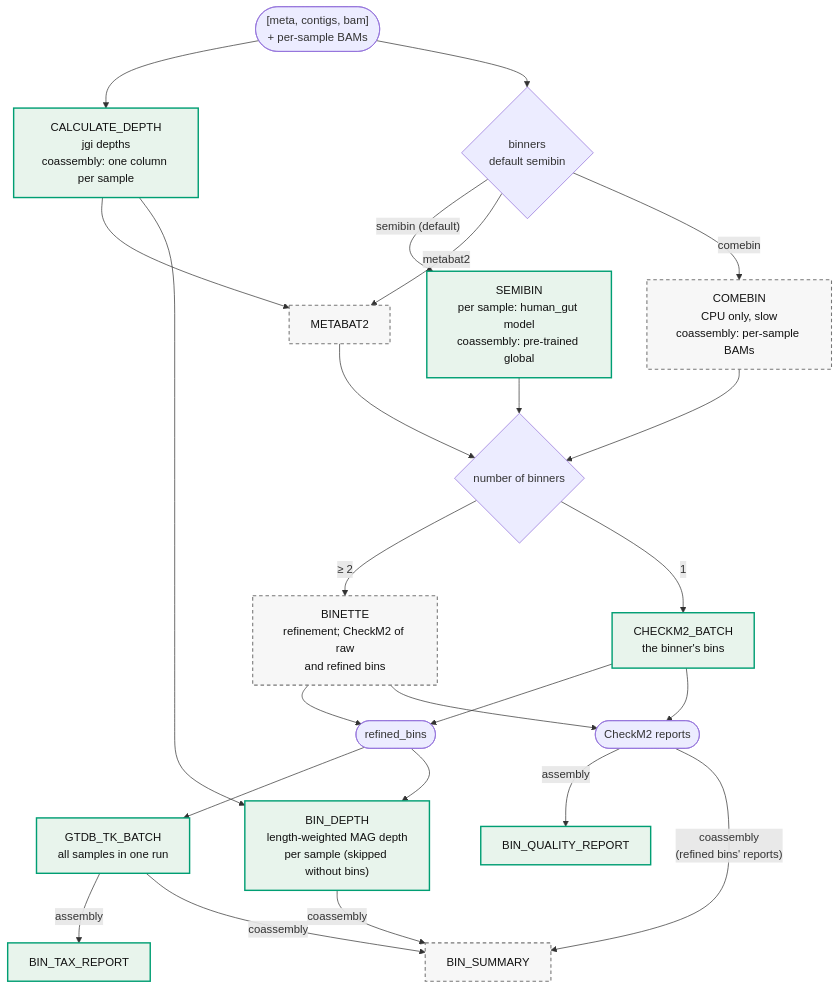
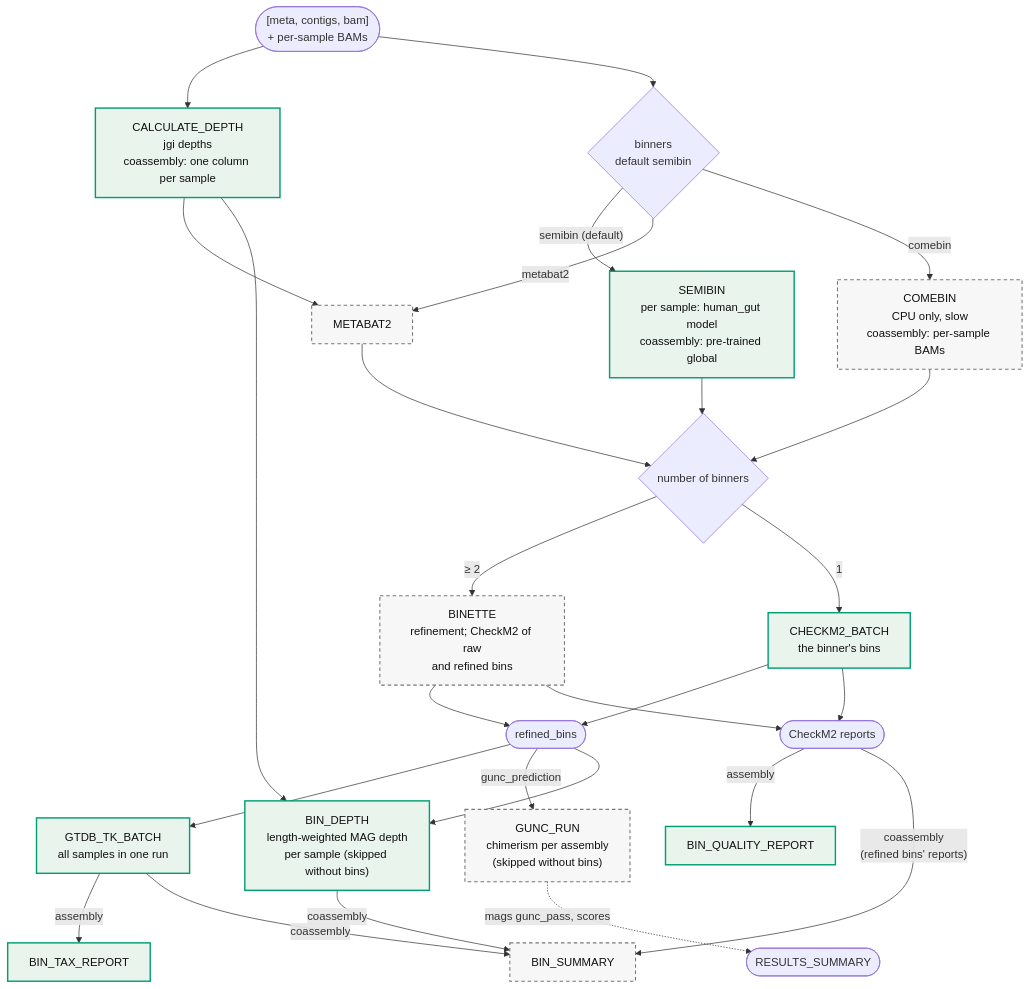
The eighth of 13 diagrams in docs/WORKFLOW_DIAGRAM.md (gene2dis/BugBuster), drawn with Mermaid before and after one commit. The commit also changed other lines of this file and 5 other files, not shown here.

````diff
--- a/docs/WORKFLOW_DIAGRAM.md
+++ b/docs/WORKFLOW_DIAGRAM.md
@@ -297,30 +301,32 @@
 ```mermaid
 flowchart TD
     In(["[meta, contigs, bam]<br/>+ per-sample BAMs"]) --> CALCULATE_DEPTH["CALCULATE_DEPTH<br/>jgi depths<br/>coassembly: one column per sample"]
     In --> Sel{binners<br/>default semibin}
     Sel -->|"semibin (default)"| SEMIBIN["SEMIBIN<br/>per sample: human_gut model<br/>coassembly: pre-trained global"]
     Sel -->|metabat2| METABAT2
     CALCULATE_DEPTH --> METABAT2
     Sel -->|comebin| COMEBIN["COMEBIN<br/>CPU only, slow<br/>coassembly: per-sample BAMs"]
 
     SEMIBIN & METABAT2 & COMEBIN --> N{number of binners}
     N -->|"≥ 2"| BINETTE["BINETTE<br/>refinement; CheckM2 of raw<br/>and refined bins"]
     N -->|1| CHECKM2_BATCH["CHECKM2_BATCH<br/>the binner's bins"]
     BINETTE & CHECKM2_BATCH --> Bins(["refined_bins"])
     Bins --> GTDB_TK_BATCH["GTDB_TK_BATCH<br/>all samples in one run"]
+    Bins -->|gunc_prediction| GUNC_RUN["GUNC_RUN<br/>chimerism per assembly<br/>(skipped without bins)"]
+    GUNC_RUN -.->|"mags gunc_pass, scores"| Summary(["RESULTS_SUMMARY"])
 
     BINETTE & CHECKM2_BATCH --> Quality(["CheckM2 reports"])
 
     Quality -->|assembly| BIN_QUALITY_REPORT
     GTDB_TK_BATCH -->|assembly| BIN_TAX_REPORT
     Bins --> BIN_DEPTH["BIN_DEPTH<br/>length-weighted MAG depth<br/>per sample (skipped without bins)"]
     CALCULATE_DEPTH --> BIN_DEPTH
     BIN_DEPTH -->|coassembly| BIN_SUMMARY
     GTDB_TK_BATCH -->|coassembly| BIN_SUMMARY
     Quality -->|"coassembly<br/>(refined bins' reports)"| BIN_SUMMARY
 
     classDef on fill:#E8F4EC,stroke:#009E73,stroke-width:2px,color:#111
     classDef opt fill:#F7F7F7,stroke:#777,stroke-width:1.5px,stroke-dasharray:5 4,color:#111
     class SEMIBIN,CHECKM2_BATCH,GTDB_TK_BATCH,BIN_QUALITY_REPORT,BIN_TAX_REPORT,CALCULATE_DEPTH,BIN_DEPTH on
-    class METABAT2,COMEBIN,BINETTE,BIN_SUMMARY opt
+    class METABAT2,COMEBIN,BINETTE,BIN_SUMMARY,GUNC_RUN opt
 ```
````
